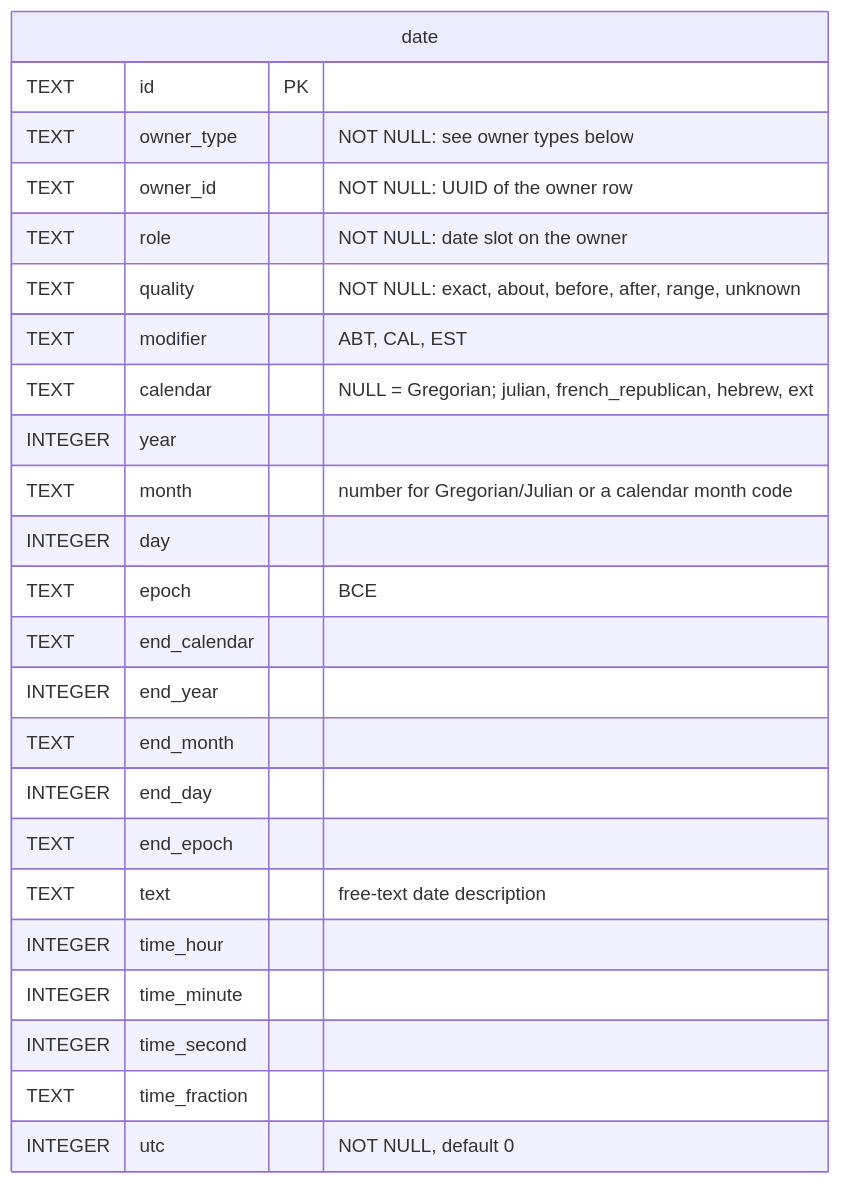
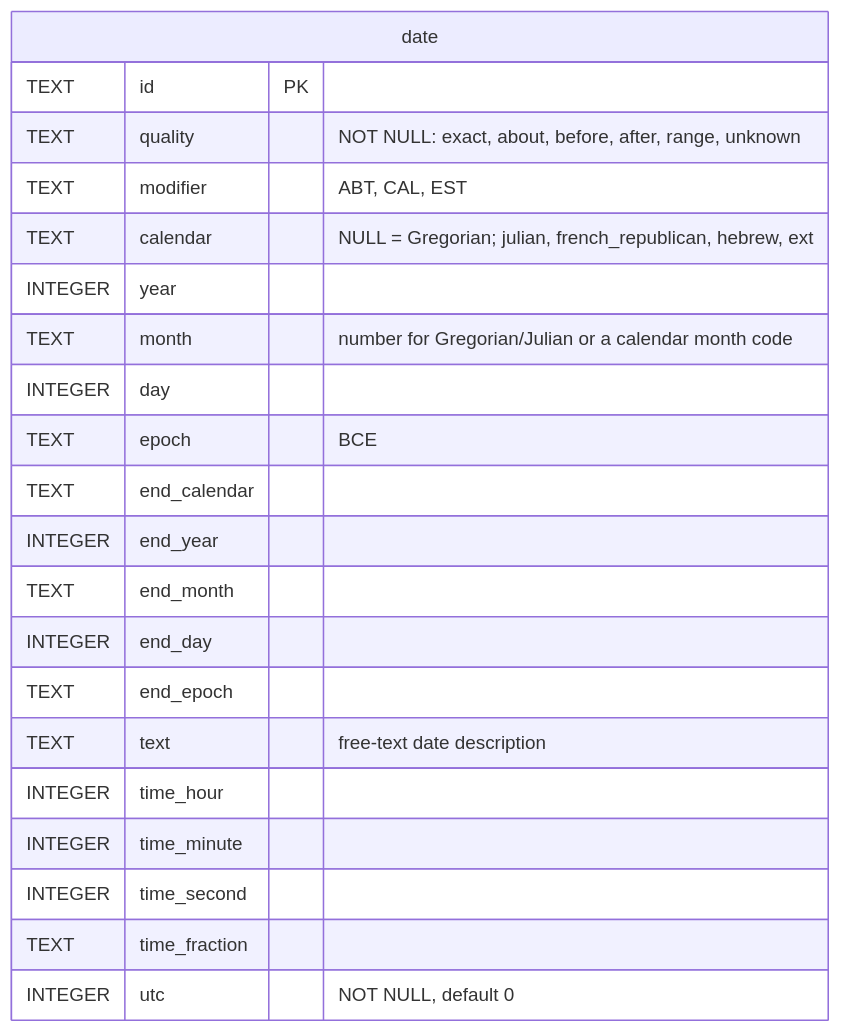
One commit to borisovodov/doru changed the fifth of 12 diagrams in docs/db-schema.md. Above: the diagram before and after it, drawn with Mermaid. The commit also changed other lines of this file and 14 other files, not shown here.

````diff
--- a/docs/db-schema.md
+++ b/docs/db-schema.md
@@ -366,27 +372,24 @@
 ```mermaid
 erDiagram
     date {
         TEXT id PK
-        TEXT owner_type "NOT NULL: see owner types below"
-        TEXT owner_id "NOT NULL: UUID of the owner row"
-        TEXT role "NOT NULL: date slot on the owner"
         TEXT quality "NOT NULL: exact, about, before, after, range, unknown"
         TEXT modifier "ABT, CAL, EST"
         TEXT calendar "NULL = Gregorian; julian, french_republican, hebrew, ext"
         INTEGER year
         TEXT month "number for Gregorian/Julian or a calendar month code"
         INTEGER day
         TEXT epoch "BCE"
         TEXT end_calendar
         INTEGER end_year
         TEXT end_month
         INTEGER end_day
         TEXT end_epoch
         TEXT text "free-text date description"
         INTEGER time_hour
         INTEGER time_minute
         INTEGER time_second
         TEXT time_fraction
         INTEGER utc "NOT NULL, default 0"
     }
 ```
````
